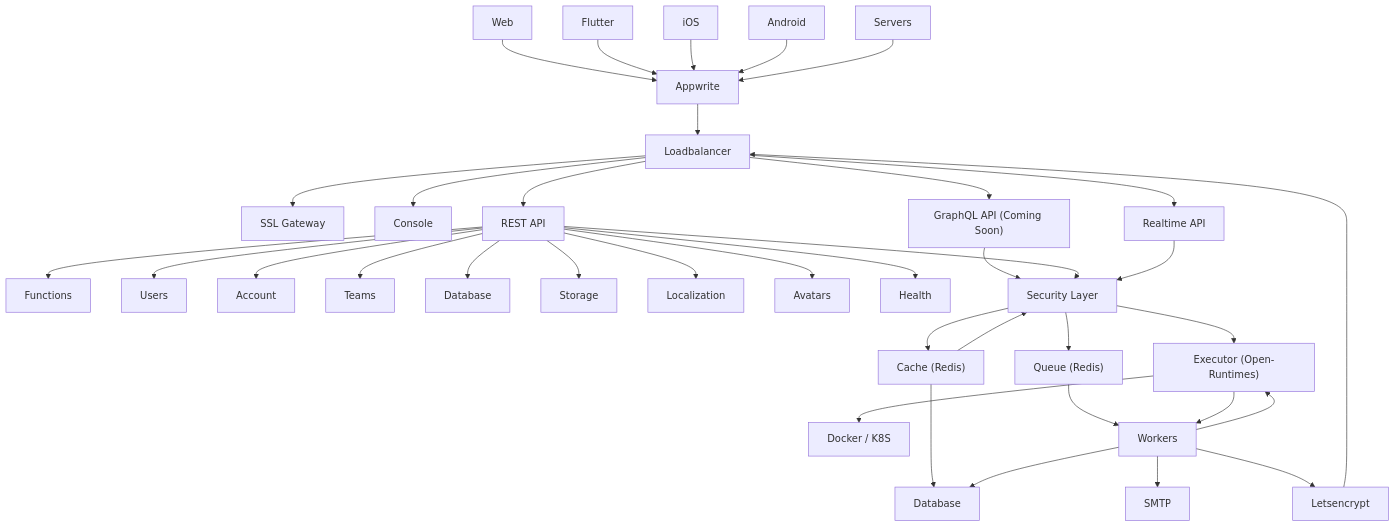
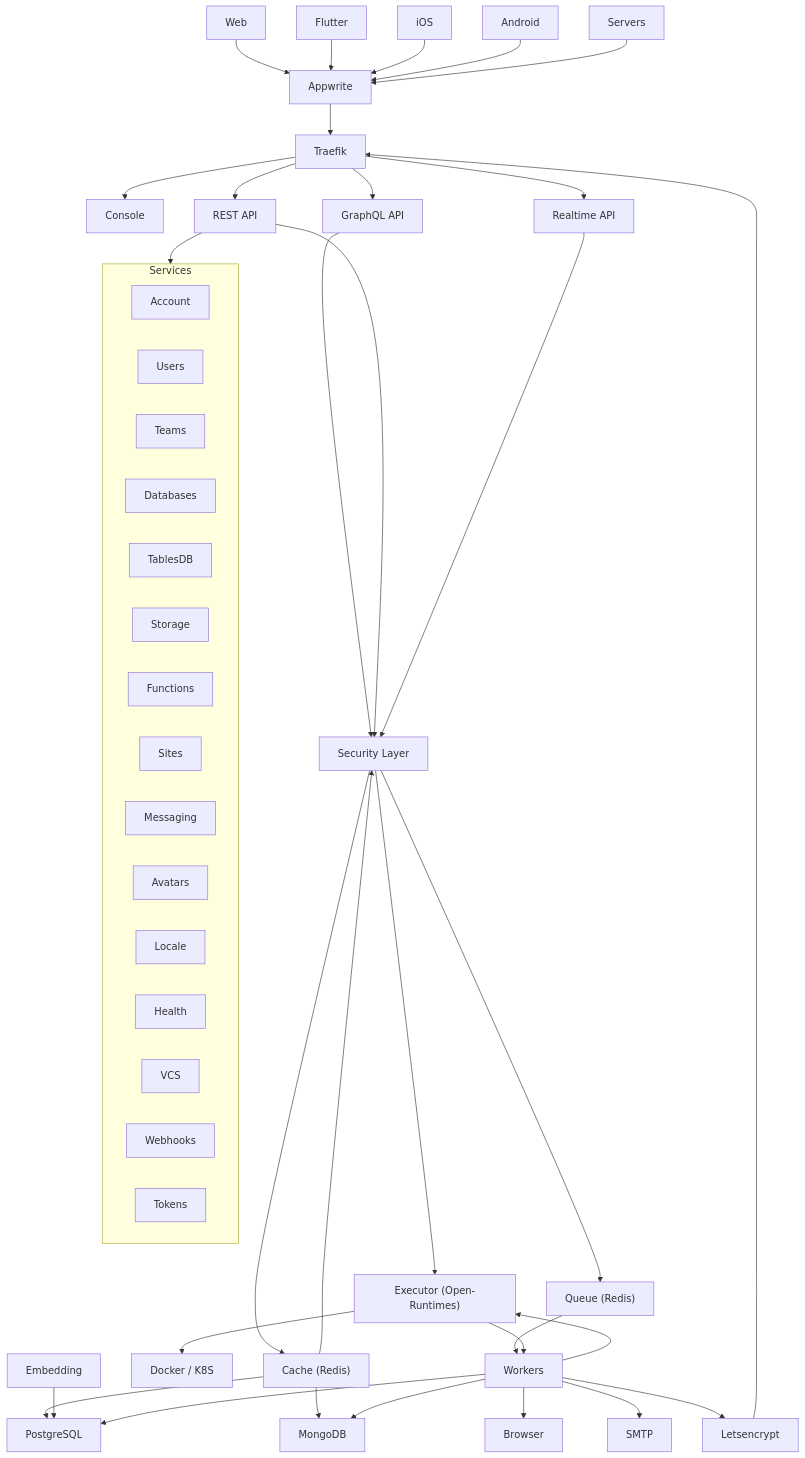
The diagram in README-CN.md (appwrite/appwrite), drawn with Mermaid before and after one commit. The commit also changed other lines of this file and 1 other file, not shown here.

Commit message:
docs: update architecture diagrams for current services
Show Traefik, live GraphQL, Sites, Messaging, TablesDB, VCS, Webhooks,
and Tokens. Split data stores into PostgreSQL and MongoDB, and add
Browser and Embedding sidecars.

````diff
--- a/README-CN.md
+++ b/README-CN.md
@@ -215,45 +215,58 @@
 ```mermaid
 flowchart TB
   Web --> Appwrite
   Flutter --> Appwrite
   iOS --> Appwrite
   Android --> Appwrite
   Servers --> Appwrite
 
-  Appwrite --> Loadbalancer
-  Loadbalancer --> sslGateway[SSL Gateway]
-  Loadbalancer --> Console
-  Loadbalancer --> graphqlApi["GraphQL API (Coming Soon)"]
-  Loadbalancer --> restApi[REST API]
-  Loadbalancer --> realtimeApi[Realtime API]
+  Appwrite --> traefik[Traefik]
+  traefik --> Console
+  traefik --> restApi[REST API]
+  traefik --> graphqlApi[GraphQL API]
+  traefik --> realtimeApi[Realtime API]
 
-  restApi --> apiFunctions[Functions]
-  restApi --> apiUsers[Users]
-  restApi --> apiAccount[Account]
-  restApi --> apiTeams[Teams]
-  restApi --> apiDatabase[Database]
-  restApi --> apiStorage[Storage]
-  restApi --> apiLocalization[Localization]
-  restApi --> apiAvatars[Avatars]
-  restApi --> apiHealth[Health]
+  subgraph services [Services]
+    Account
+    Users
+    Teams
+    Databases
+    TablesDB
+    Storage
+    Functions
+    Sites
+    Messaging
+    Avatars
+    Locale
+    Health
+    VCS
+    Webhooks
+    Tokens
+  end
+
+  restApi --> services
 
   graphqlApi --> securityLayer[Security Layer]
   restApi --> securityLayer
   realtimeApi --> securityLayer
 
   securityLayer --> executor["Executor (Open-Runtimes)"]
   securityLayer --> cache["Cache (Redis)"]
   securityLayer --> queue["Queue (Redis)"]
   cache --> securityLayer
 
   executor --> dockerK8s["Docker / K8S"]
-  cache --> database[Database]
+  cache --> postgresql[PostgreSQL]
+  cache --> mongodb[MongoDB]
+  embedding[Embedding] --> postgresql
 
   queue --> workers[Workers]
   executor --> workers
   workers --> executor
-  workers --> database
+  workers --> postgresql
+  workers --> mongodb
+  workers --> browser[Browser]
   workers --> SMTP
   workers --> Letsencrypt
-  Letsencrypt --> Loadbalancer
+  Letsencrypt --> traefik
 ```
````
